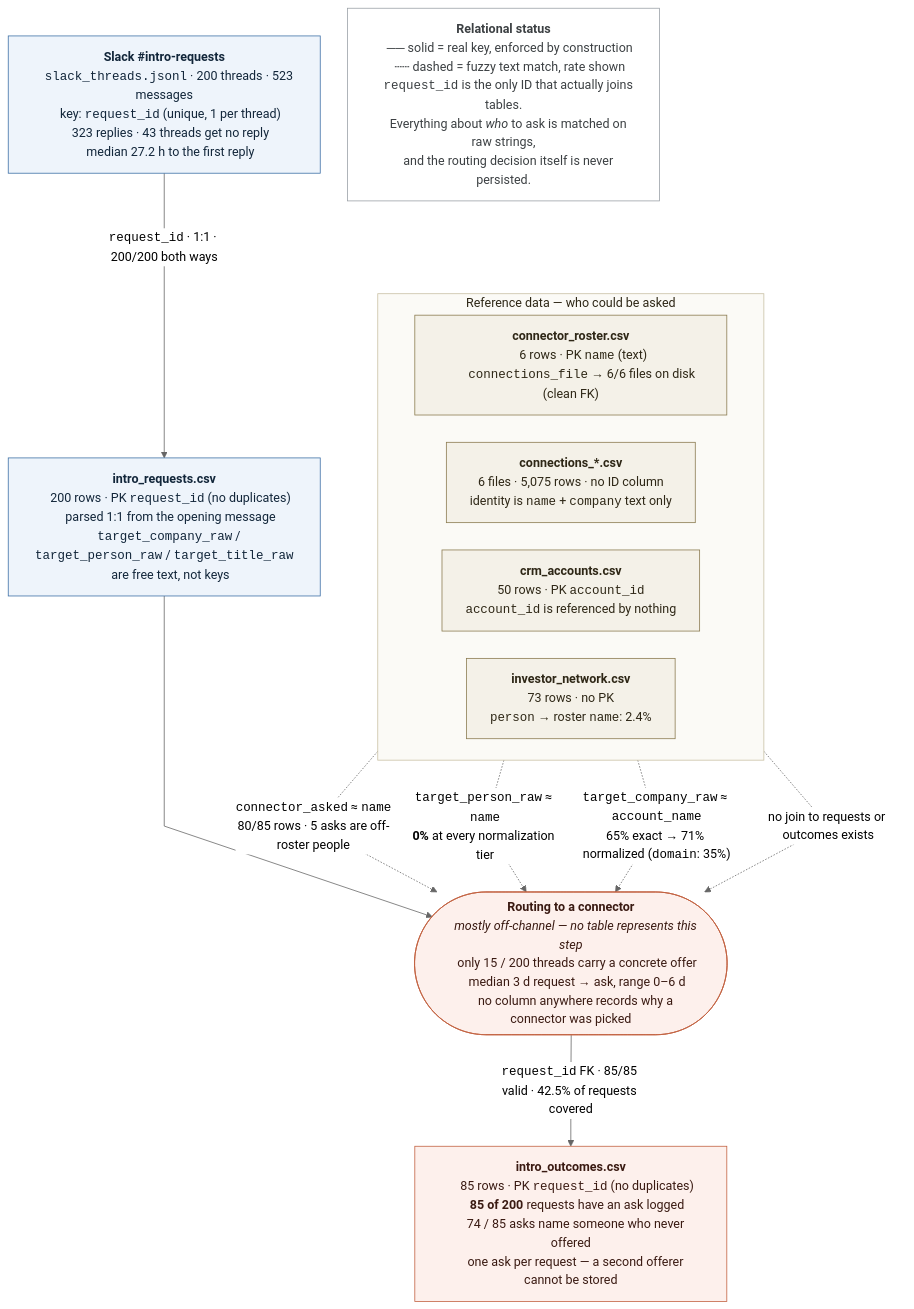
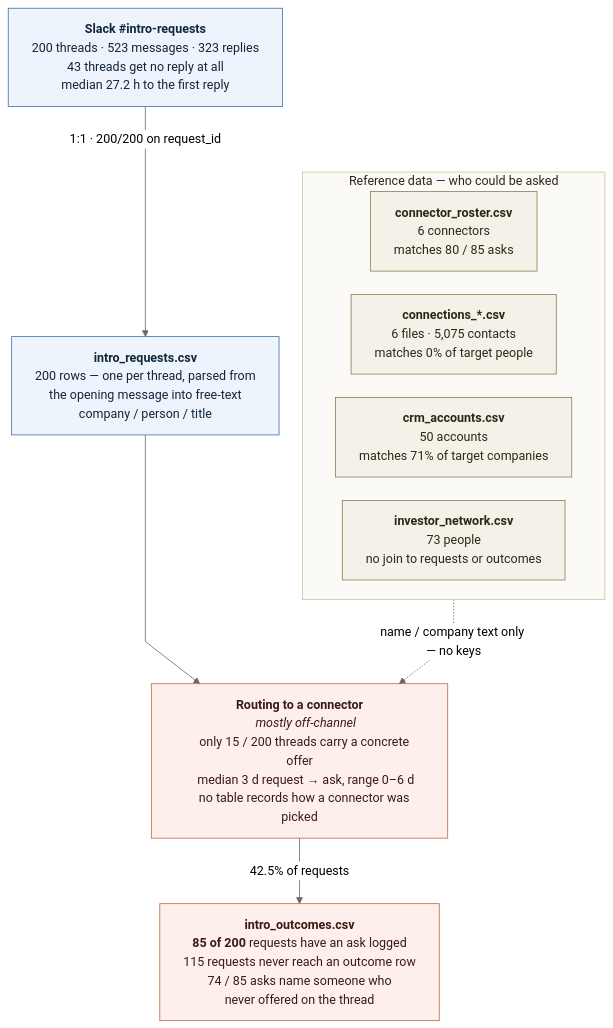
Before and after one commit to veraaw/projecthalyard: the diagram in scoping/routing_flow.mmd, drawn with Mermaid. The commit also changed 1 other file, not shown here.

Commit message:
Simplify routing flow diagram

```diff
--- a/scoping/routing_flow.mmd
+++ b/scoping/routing_flow.mmd
@@ -1,76 +1,59 @@
 ---
 config:
   theme: neutral
   flowchart:
     curve: linear
     htmlLabels: true
-    nodeSpacing: 35
-    rankSpacing: 70
-    wrappingWidth: 340
+    nodeSpacing: 30
+    rankSpacing: 60
+    wrappingWidth: 320
 ---
 flowchart TB
     A["<b>Slack #intro-requests</b>
-    <code>slack_threads.jsonl</code> · 200 threads · 523 messages
-    key: <code>request_id</code> (unique, 1 per thread)
-    323 replies · 43 threads get no reply
+    200 threads · 523 messages · 323 replies
+    43 threads get no reply at all
     median 27.2 h to the first reply"]
-
     B["<b>intro_requests.csv</b>
-    200 rows · PK <code>request_id</code> (no duplicates)
-    parsed 1:1 from the opening message
-    <code>target_company_raw</code> / <code>target_person_raw</code> / <code>target_title_raw</code>
-    are free text, not keys"]
-
-    C(["<b>Routing to a connector</b>
-    <i>mostly off-channel — no table represents this step</i>
+    200 rows — one per thread, parsed from
+    the opening message into free-text
+    company / person / title"]
+    C["<b>Routing to a connector</b>
+    <i>mostly off-channel</i>
     only 15 / 200 threads carry a concrete offer
     median 3 d request → ask, range 0–6 d
-    no column anywhere records why a connector was picked"])
+    no table records how a connector was picked"]
+    D["<b>intro_outcomes.csv</b>
+    <b>85 of 200</b> requests have an ask logged
+    115 requests never reach an outcome row
+    74 / 85 asks name someone who
+    never offered on the thread"]
 
-    D["<b>intro_outcomes.csv</b>
-    85 rows · PK <code>request_id</code> (no duplicates)
-    <b>85 of 200</b> requests have an ask logged
-    74 / 85 asks name someone who never offered
-    one ask per request — a second offerer cannot be stored"]
-
-    A -->|"<code>request_id</code> · 1:1 · 200/200 both ways"| B
+    A -->|"1:1 · 200/200 on request_id"| B
     B --> C
-    C -->|"<code>request_id</code> FK · 85/85 valid · 42.5% of requests covered"| D
+    C -->|"42.5% of requests"| D
 
     subgraph ref["Reference data — who could be asked"]
         direction LR
         R1["<b>connector_roster.csv</b>
-        6 rows · PK <code>name</code> (text)
-        <code>connections_file</code> → 6/6 files on disk (clean FK)"]
+        6 connectors
+        matches 80 / 85 asks"]
         R2["<b>connections_*.csv</b>
-        6 files · 5,075 rows · no ID column
-        identity is <code>name</code> + <code>company</code> text only"]
+        6 files · 5,075 contacts
+        matches 0% of target people"]
         R3["<b>crm_accounts.csv</b>
-        50 rows · PK <code>account_id</code>
-        <code>account_id</code> is referenced by nothing"]
+        50 accounts
+        matches 71% of target companies"]
         R4["<b>investor_network.csv</b>
-        73 rows · no PK
-        <code>person</code> → roster <code>name</code>: 2.4%"]
+        73 people
+        no join to requests or outcomes"]
     end
 
-    R1 -.->|"<code>connector_asked</code> ≈ <code>name</code><br/>80/85 rows · 5 asks are off-roster people"| C
-    R2 -.->|"<code>target_person_raw</code> ≈ <code>name</code><br/><b>0%</b> at every normalization tier"| C
-    R3 -.->|"<code>target_company_raw</code> ≈ <code>account_name</code><br/>65% exact → 71% normalized (<code>domain</code>: 35%)"| C
-    R4 -.->|"no join to requests or outcomes exists"| C
-
-    L["<b>Relational status</b>
-    ── solid = real key, enforced by construction
-    ┄┄ dashed = fuzzy text match, rate shown
-    <code>request_id</code> is the only ID that actually joins tables.
-    Everything about <i>who</i> to ask is matched on raw strings,
-    and the routing decision itself is never persisted."]
+    ref -.->|"name / company text only — no keys"| C
 
     classDef stage fill:#eef4fb,stroke:#3b6ea5,stroke-width:1px,color:#12263a;
     classDef gap fill:#fdf0ec,stroke:#c2603f,stroke-width:1px,color:#3a1a12;
     classDef refbox fill:#f4f1e8,stroke:#8a7a4f,stroke-width:1px,color:#2e2716;
-    classDef legend fill:#ffffff,stroke:#9aa0a6,stroke-width:1px,color:#3c4043;
     class A,B stage;
     class C,D gap;
     class R1,R2,R3,R4 refbox;
-    class L legend;
     style ref fill:#fbfaf6,stroke:#c9c0a4,color:#2e2716;
```
